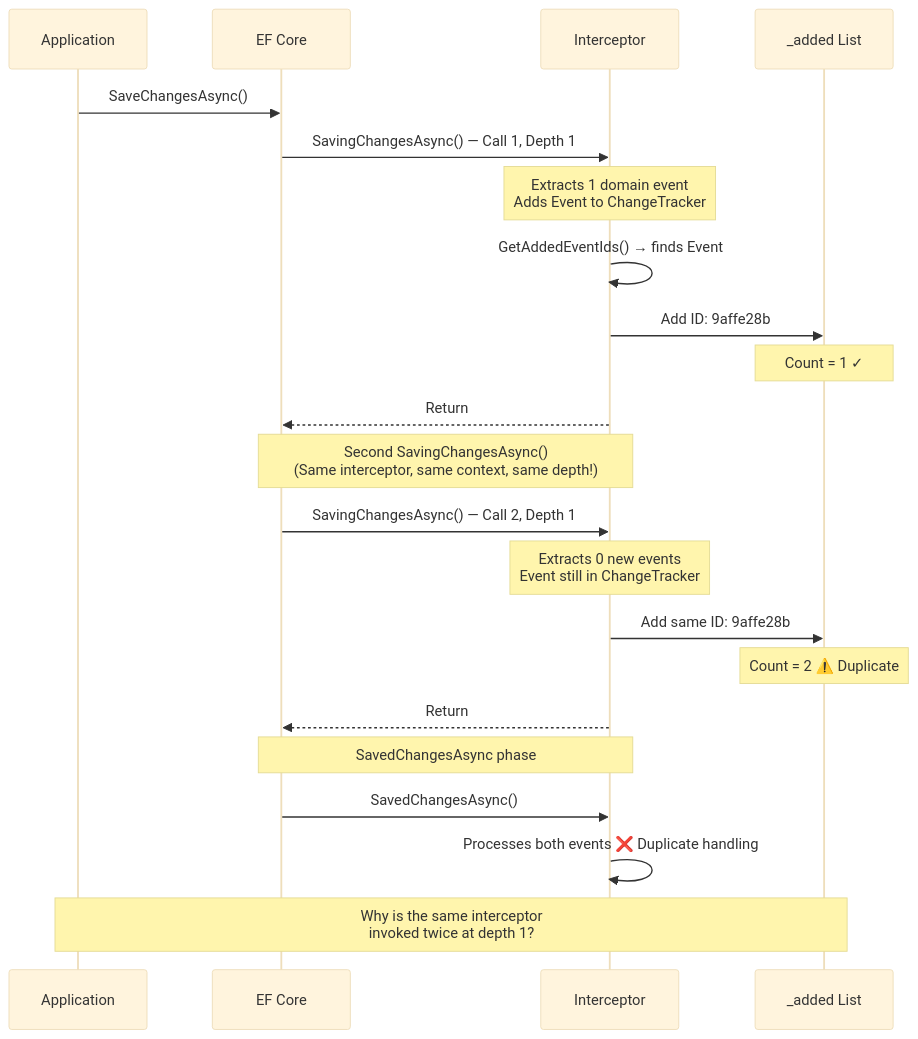
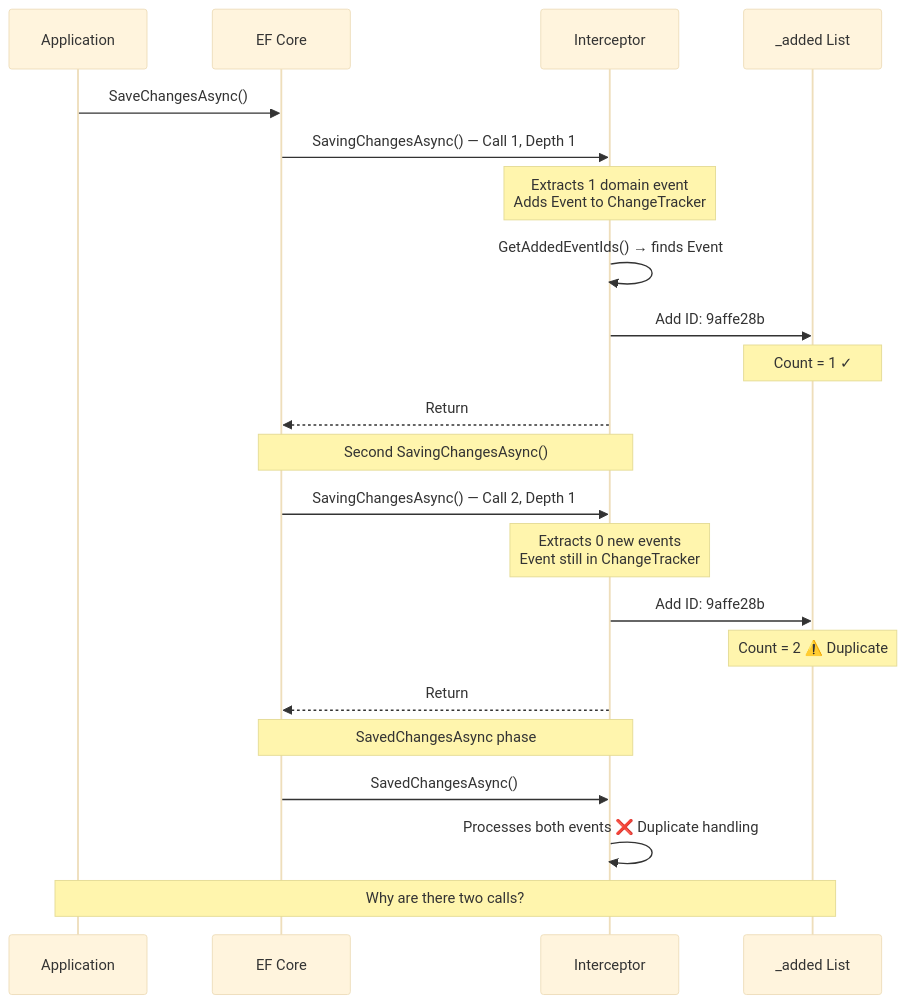
Before and after one commit to harveylx/portfolio-website: the first of 2 diagrams in astro-portfolio/src/data/blog/_2025/debugging-duplicate-event-processing.md, drawn with Mermaid (base theme). The commit also changed other lines of this file, not shown here.

Commit message:
refactor debugging article: clarify ownership of Outbox library's AddDbContext and improve logging details in interceptor

````diff
--- a/astro-portfolio/src/data/blog/_2025/debugging-duplicate-event-processing.md
+++ b/astro-portfolio/src/data/blog/_2025/debugging-duplicate-event-processing.md
@@ -194,31 +190,31 @@
 ```mermaid
 sequenceDiagram
     participant App as Application
     participant EF as EF Core
-    participant Int as Interceptor #4<br/>(Hash: 00736C33)
+    participant Int as Interceptor
     participant List as _added List
 
     App->>EF: SaveChangesAsync()
 
     EF->>Int: SavingChangesAsync() — Call 1, Depth 1
     Note over Int: Extracts 1 domain event<br/>Adds Event to ChangeTracker
     Int->>Int: GetAddedEventIds() → finds Event
     Int->>List: Add ID: 9affe28b
     Note over List: Count = 1 ✓
     Int-->>EF: Return
 
-    Note over EF,Int: Second SavingChangesAsync()<br/>(Same interceptor, same context, same depth!)
+    Note over EF,Int: Second SavingChangesAsync()
 
     EF->>Int: SavingChangesAsync() — Call 2, Depth 1
     Note over Int: Extracts 0 new events<br/>Event still in ChangeTracker
-    Int->>List: Add same ID: 9affe28b
+    Int->>List: Add ID: 9affe28b
     Note over List: Count = 2 ⚠️ Duplicate
     Int-->>EF: Return
 
     Note over EF,Int: SavedChangesAsync phase
 
     EF->>Int: SavedChangesAsync()
     Int->>Int: Processes both events ❌ Duplicate handling
 
-    Note over App,List: Why is the same interceptor<br/>invoked twice at depth 1?
+    Note over App,List: Why are there two calls?
 ```
````
